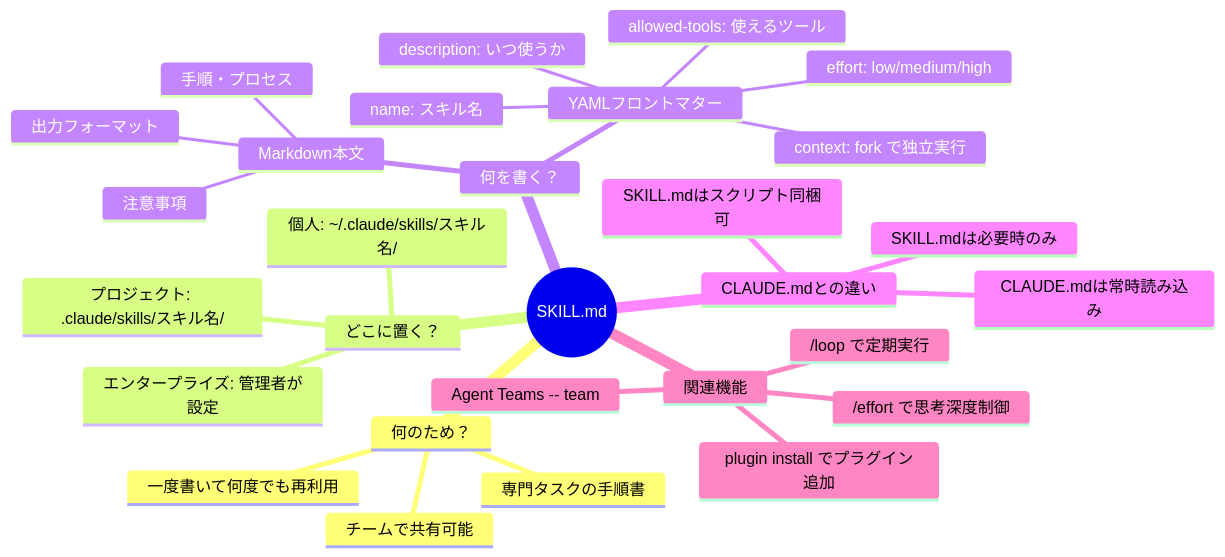
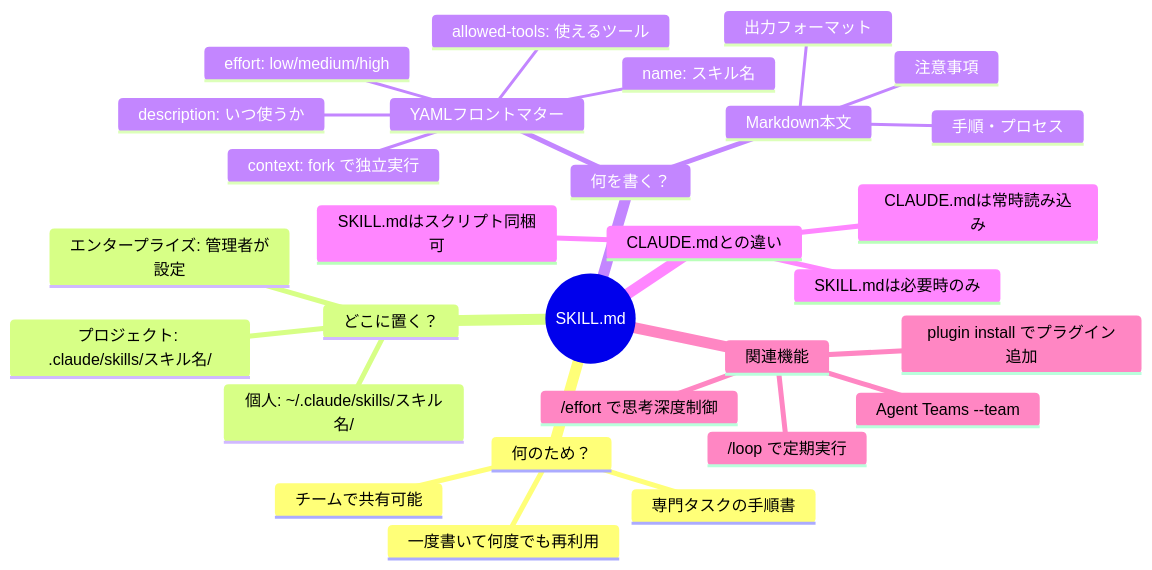
Diagram 12 of 12 in claude/skill-guide-for-claude.md (myoshi2891/Comparison-of-LLMs), drawn with Mermaid before and after one commit. The commit also changed 4 other files, not shown here.

````diff
--- a/claude/skill-guide-for-claude.md
+++ b/claude/skill-guide-for-claude.md
@@ -684,32 +684,32 @@
 ```mermaid
 mindmap
   root((SKILL.md))
     何のため？
       専門タスクの手順書
       一度書いて何度でも再利用
       チームで共有可能
     どこに置く？
       個人: ~/.claude/skills/スキル名/
       プロジェクト: .claude/skills/スキル名/
       エンタープライズ: 管理者が設定
     何を書く？
       YAMLフロントマター
         name: スキル名
         description: いつ使うか
         allowed-tools: 使えるツール
         context: fork で独立実行
         effort: low/medium/high
       Markdown本文
         手順・プロセス
         出力フォーマット
         注意事項
     CLAUDE.mdとの違い
       CLAUDE.mdは常時読み込み
       SKILL.mdは必要時のみ
       SKILL.mdはスクリプト同梱可
     関連機能
-      Agent Teams -- team
+      Agent Teams --team
       plugin install でプラグイン追加
       /loop で定期実行
       /effort で思考深度制御
 ```
````
